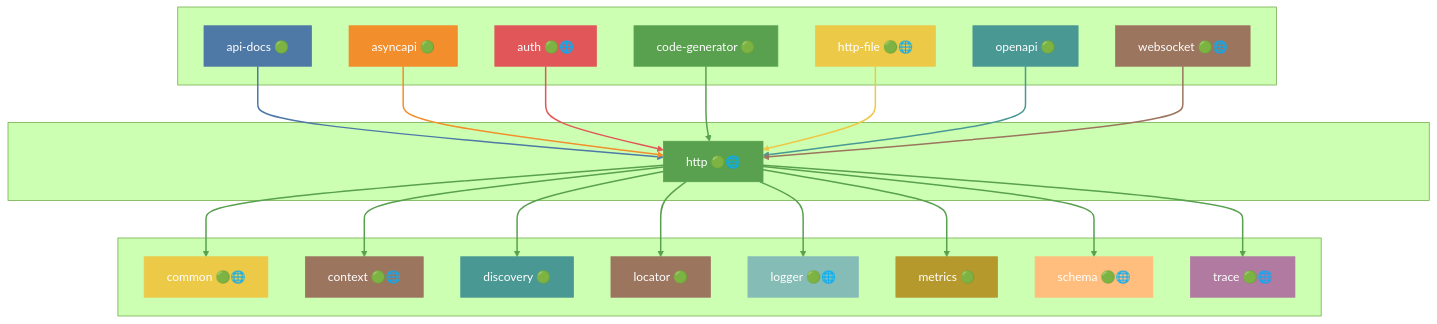
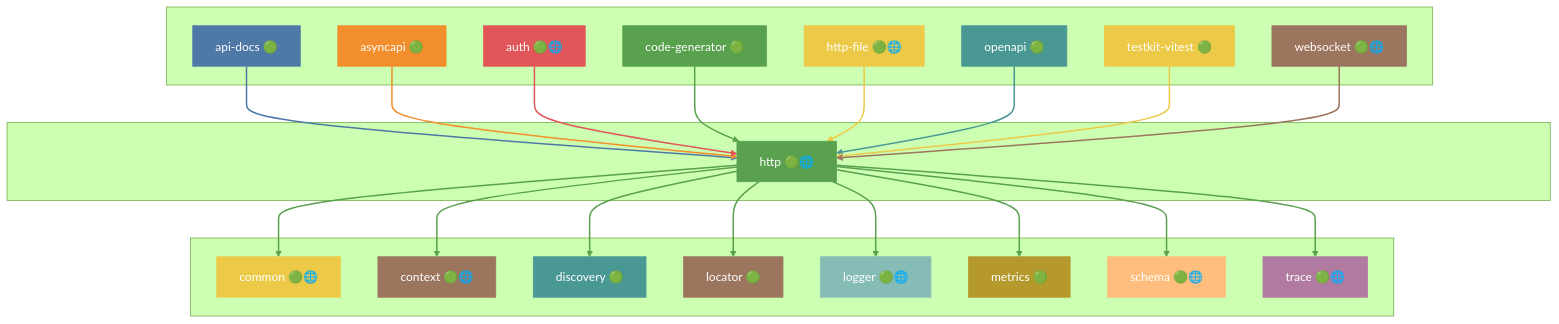
Diagram 24 of 46 in docs/DEPENDENCIES.md (grest-ts/grest-ts), drawn with Mermaid (forest theme) before and after one commit. The commit also changed other lines of this file and 6 other files, not shown here.

````diff
--- a/docs/DEPENDENCIES.md
+++ b/docs/DEPENDENCIES.md
@@ -1157,71 +1185,75 @@
 ```mermaid
 flowchart TB
     subgraph Dependents[" "]
         api-docs["api-docs 🟢"]
         asyncapi["asyncapi 🟢"]
         auth["auth 🟢🌐"]
         code-generator["code-generator 🟢"]
         http-file["http-file 🟢🌐"]
         openapi["openapi 🟢"]
+        testkit-vitest["testkit-vitest 🟢"]
         websocket["websocket 🟢🌐"]
     end
     subgraph Package[" "]
         http["http 🟢🌐"]
     end
     subgraph Dependencies[" "]
         common["common 🟢🌐"]
         context["context 🟢🌐"]
         discovery["discovery 🟢"]
         locator["locator 🟢"]
         logger["logger 🟢🌐"]
         metrics["metrics 🟢"]
         schema["schema 🟢🌐"]
         trace["trace 🟢🌐"]
     end
     api-docs --> http
     asyncapi --> http
     auth --> http
     code-generator --> http
     http-file --> http
     openapi --> http
+    testkit-vitest --> http
     websocket --> http
     http --> common
     http --> context
     http --> discovery
     http --> locator
     http --> logger
     http --> metrics
     http --> schema
     http --> trace
     style http fill:#59A14F,stroke:#59A14F,color:#fff
     style api-docs fill:#4E79A7,stroke:#4E79A7,color:#fff
     style asyncapi fill:#F28E2B,stroke:#F28E2B,color:#fff
     style auth fill:#E15759,stroke:#E15759,color:#fff
     style code-generator fill:#59A14F,stroke:#59A14F,color:#fff
     style http-file fill:#EDC948,stroke:#EDC948,color:#fff
     style openapi fill:#499894,stroke:#499894,color:#fff
+    style testkit-vitest fill:#EDC948,stroke:#EDC948,color:#fff
     style websocket fill:#9C755F,stroke:#9C755F,color:#fff
     style common fill:#EDC948,stroke:#EDC948,color:#fff
     style context fill:#9C755F,stroke:#9C755F,color:#fff
     style discovery fill:#499894,stroke:#499894,color:#fff
     style locator fill:#9C755F,stroke:#9C755F,color:#fff
     style logger fill:#86BCB6,stroke:#86BCB6,color:#fff
     style metrics fill:#B6992D,stroke:#B6992D,color:#fff
     style schema fill:#FFBE7D,stroke:#FFBE7D,color:#fff
     style trace fill:#B07AA1,stroke:#B07AA1,color:#fff
     linkStyle 0 stroke:#4E79A7,stroke-width:2px
     linkStyle 1 stroke:#F28E2B,stroke-width:2px
     linkStyle 2 stroke:#E15759,stroke-width:2px
     linkStyle 3 stroke:#59A14F,stroke-width:2px
     linkStyle 4 stroke:#EDC948,stroke-width:2px
     linkStyle 5 stroke:#499894,stroke-width:2px
-    linkStyle 6 stroke:#9C755F,stroke-width:2px
-    linkStyle 7 stroke:#59A14F,stroke-width:2px
+    linkStyle 6 stroke:#EDC948,stroke-width:2px
+    linkStyle 7 stroke:#9C755F,stroke-width:2px
     linkStyle 8 stroke:#59A14F,stroke-width:2px
     linkStyle 9 stroke:#59A14F,stroke-width:2px
     linkStyle 10 stroke:#59A14F,stroke-width:2px
     linkStyle 11 stroke:#59A14F,stroke-width:2px
     linkStyle 12 stroke:#59A14F,stroke-width:2px
     linkStyle 13 stroke:#59A14F,stroke-width:2px
     linkStyle 14 stroke:#59A14F,stroke-width:2px
+    linkStyle 15 stroke:#59A14F,stroke-width:2px
 ```
````
